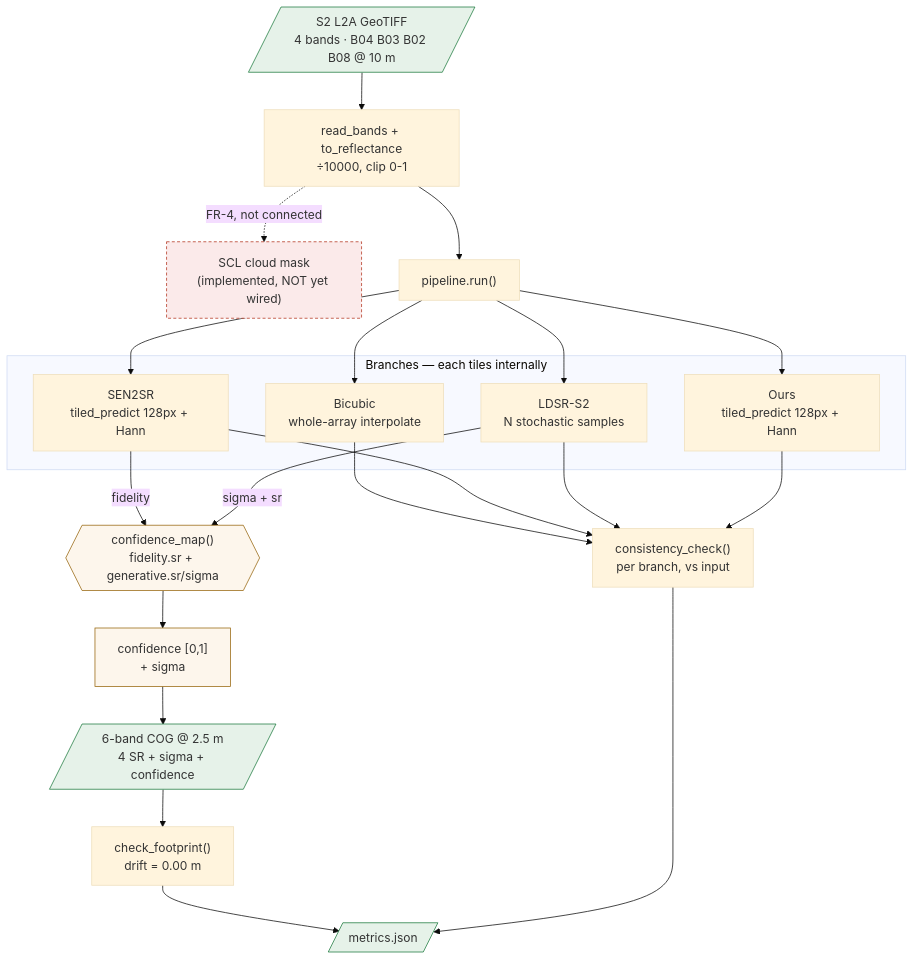
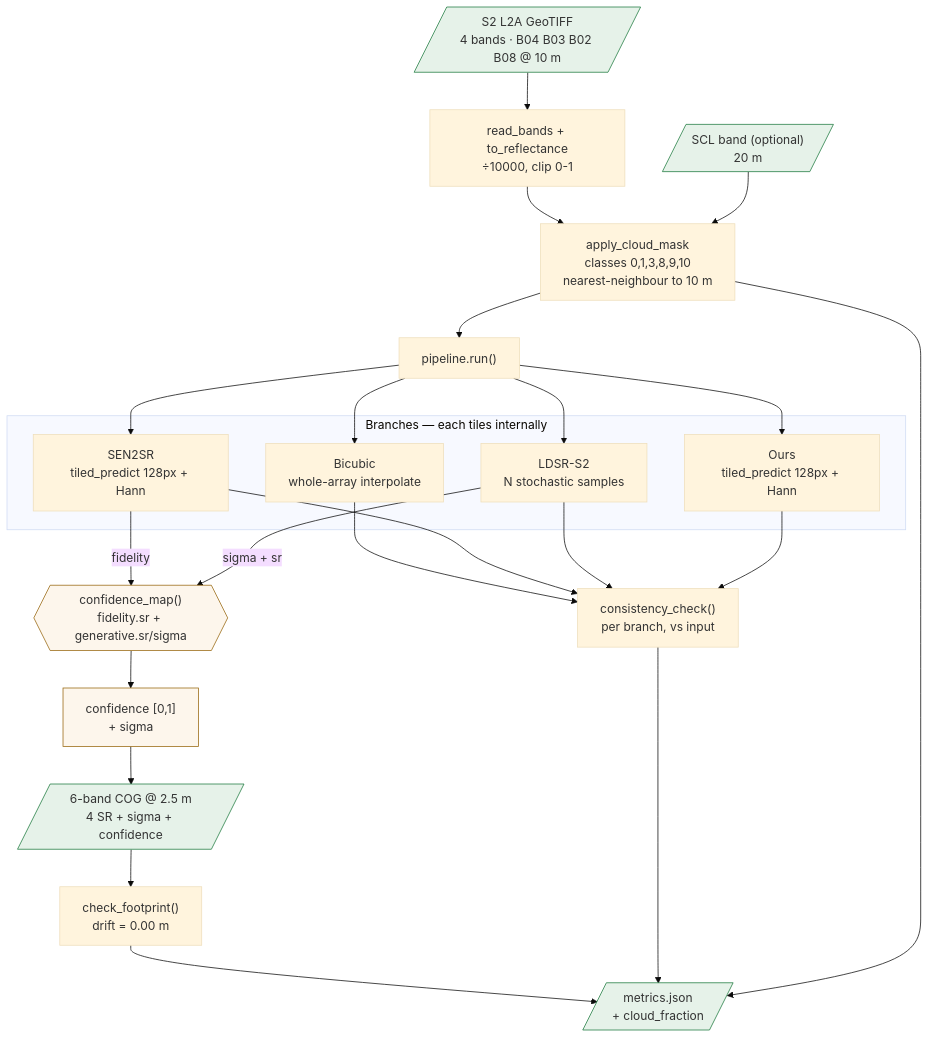
One commit to Vaibhav-Verma2115/sutram-srm changed the third of 7 diagrams in docs/diagrams.md. Above: the diagram before and after it, drawn with Mermaid (base theme). The commit also changed other lines of this file and 7 other files, not shown here.

First line of the commit message:
Wire SCL cloud masking into the pipeline (closes SRS FR-4)

````diff
--- a/docs/diagrams.md
+++ b/docs/diagrams.md
@@ -165,37 +162,37 @@
 ```mermaid
 flowchart TB
     A[/"S2 L2A GeoTIFF<br/>4 bands · B04 B03 B02 B08 @ 10 m"/]
+    S[/"SCL band (optional)<br/>20 m"/]
     B["read_bands + to_reflectance<br/>÷10000, clip 0-1"]
-    SCL["SCL cloud mask<br/>(implemented, NOT yet wired)"]
+    SCL["apply_cloud_mask<br/>classes 0,1,3,8,9,10<br/>nearest-neighbour to 10 m"]
 
     subgraph BR["Branches — each tiles internally"]
         E1["Bicubic<br/>whole-array interpolate"]
         E2["SEN2SR<br/>tiled_predict 128px + Hann"]
         E4["Ours<br/>tiled_predict 128px + Hann"]
         E3["LDSR-S2<br/>N stochastic samples"]
     end
 
     P["pipeline.run()"]
     G{{"confidence_map()<br/>fidelity.sr + generative.sr/sigma"}}
     C["consistency_check()<br/>per branch, vs input"]
     H["confidence [0,1]<br/>+ sigma"]
     I[/"6-band COG @ 2.5 m<br/>4 SR + sigma + confidence"/]
     J["check_footprint()<br/>drift = 0.00 m"]
-    M[/"metrics.json"/]
+    M[/"metrics.json<br/>+ cloud_fraction"/]
 
-    A --> B --> P
-    B -.->|"FR-4, not connected"| SCL
+    A --> B --> SCL --> P
+    S --> SCL
     P --> E1 & E2 & E4 & E3
     E2 -->|"fidelity"| G
     E3 -->|"sigma + sr"| G
     E1 & E2 & E3 & E4 --> C
     G --> H --> I --> J --> M
     C --> M
+    SCL --> M
 
     classDef io fill:#e6f2e9,stroke:#1d7a3e
     classDef trust fill:#fdf6ec,stroke:#96650d
-    classDef gap fill:#fbeaea,stroke:#b3341f,stroke-dasharray:4 3
-    class A,I,M io
+    class A,S,I,M io
     class G,H trust
-    class SCL gap
 ```
````
